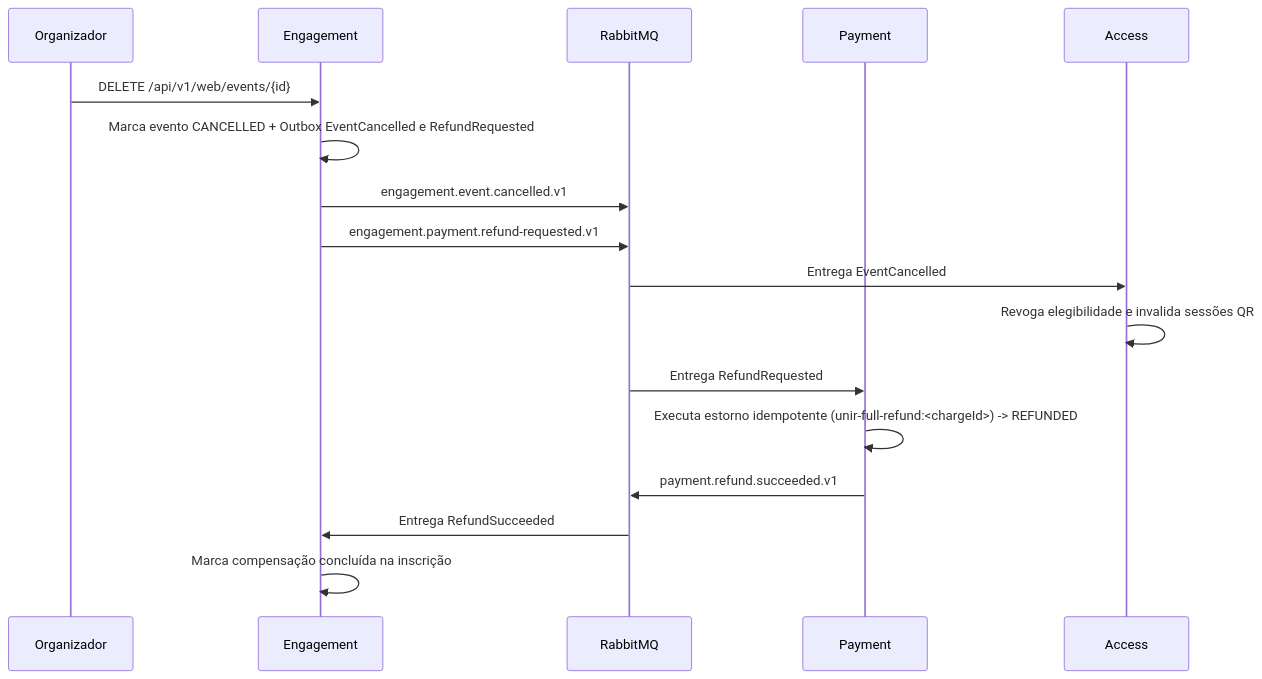
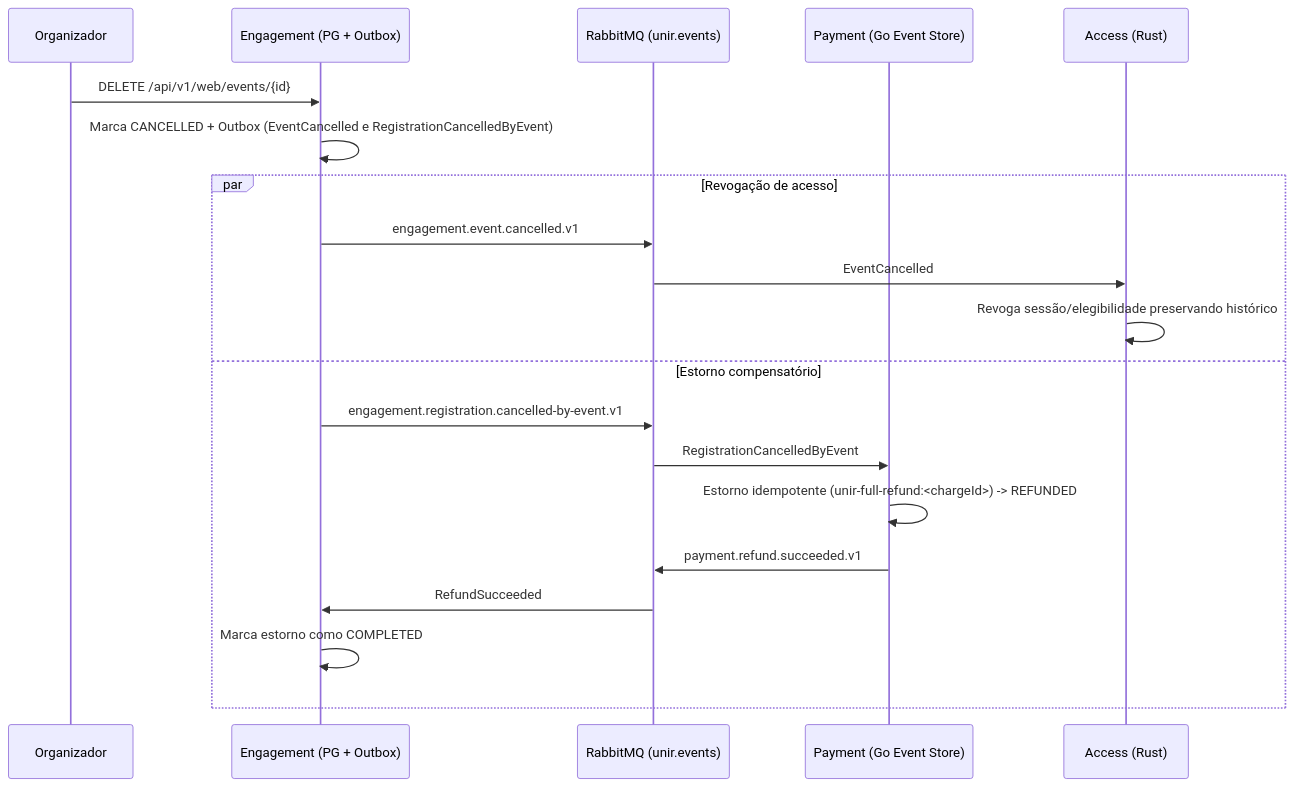
One commit to rafaelsilvamartins30/sistemas-distribuidos changed the third of 3 diagrams in docs/relatorio-tecnico-gcc129.md. Above: the diagram before and after it, drawn with Mermaid. The commit also changed other lines of this file and 251 other files, not shown here.

````diff
--- a/docs/relatorio-tecnico-gcc129.md
+++ b/docs/relatorio-tecnico-gcc129.md
@@ -127,20 +163,23 @@
 ```mermaid
 sequenceDiagram
     participant Org as Organizador
-    participant E as Engagement
-    participant MQ as RabbitMQ
-    participant P as Payment
-    participant A as Access
+    participant E as Engagement (PG + Outbox)
+    participant MQ as RabbitMQ (unir.events)
+    participant P as Payment (Go Event Store)
+    participant A as Access (Rust)
 
     Org->>E: DELETE /api/v1/web/events/{id}
-    E->>E: Marca evento CANCELLED + Outbox EventCancelled e RefundRequested
-    E->>MQ: engagement.event.cancelled.v1
-    E->>MQ: engagement.payment.refund-requested.v1
-    MQ->>A: Entrega EventCancelled
-    A->>A: Revoga elegibilidade e invalida sessões QR
-    MQ->>P: Entrega RefundRequested
-    P->>P: Executa estorno idempotente (unir-full-refund:<chargeId>) -> REFUNDED
-    P->>MQ: payment.refund.succeeded.v1
-    MQ->>E: Entrega RefundSucceeded
-    E->>E: Marca compensação concluída na inscrição
+    E->>E: Marca CANCELLED + Outbox (EventCancelled e RegistrationCancelledByEvent)
+    par Revogação de acesso
+        E->>MQ: engagement.event.cancelled.v1
+        MQ->>A: EventCancelled
+        A->>A: Revoga sessão/elegibilidade preservando histórico
+    and Estorno compensatório
+        E->>MQ: engagement.registration.cancelled-by-event.v1
+        MQ->>P: RegistrationCancelledByEvent
+        P->>P: Estorno idempotente (unir-full-refund:<chargeId>) -> REFUNDED
+        P->>MQ: payment.refund.succeeded.v1
+        MQ->>E: RefundSucceeded
+        E->>E: Marca estorno como COMPLETED
+    end
 ```
````
